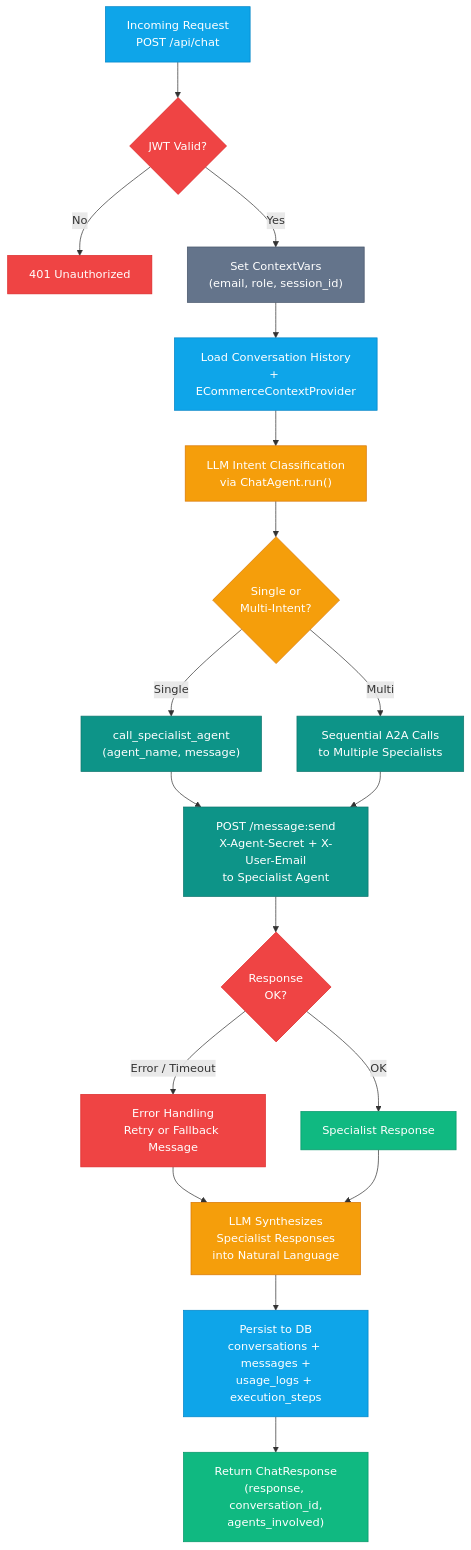
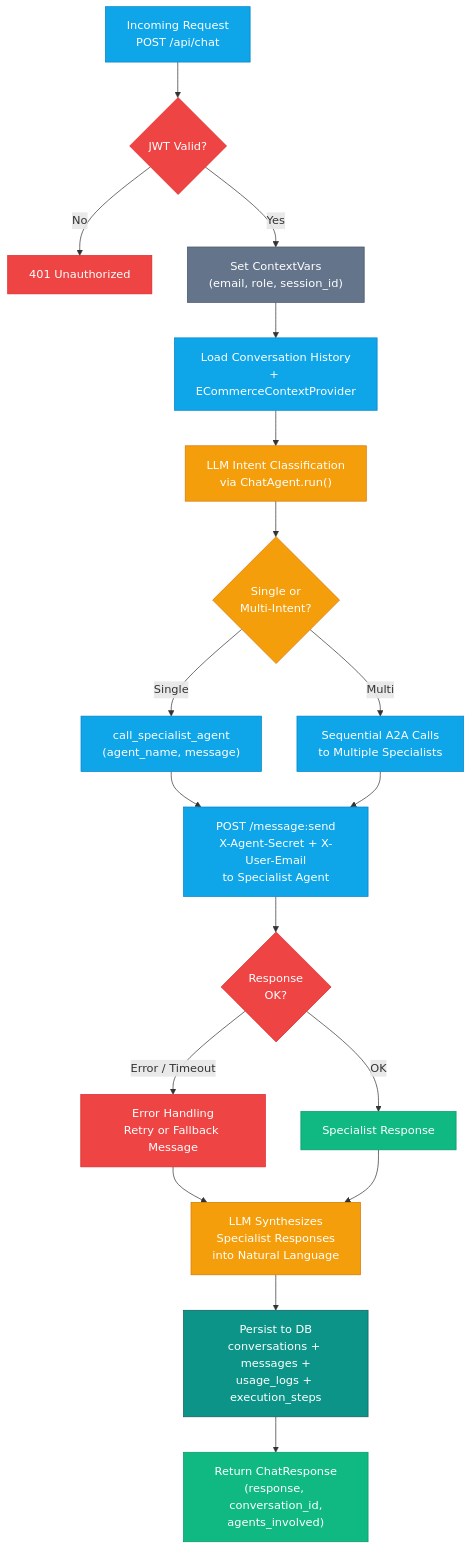
The fourth of 7 diagrams in docs/architecture.md (nitin27may/e-commerce-agents), drawn with Mermaid before and after one commit. The commit also changed other lines of this file and 7 other files, not shown here.

````diff
--- a/docs/architecture.md
+++ b/docs/architecture.md
@@ -201,63 +201,63 @@
 ```mermaid
 flowchart TD
     REQ["Incoming Request<br/>POST /api/chat"]
     JWT{"JWT Valid?"}
     REJECT["401 Unauthorized"]
     SETCTX["Set ContextVars<br/>(email, role, session_id)"]
     LOAD["Load Conversation History<br/>+ ECommerceContextProvider"]
     CLASSIFY["LLM Intent Classification<br/>via ChatAgent.run()"]
 
     SINGLE{"Single or<br/>Multi-Intent?"}
 
     ROUTE_ONE["call_specialist_agent<br/>(agent_name, message)"]
     ROUTE_MULTI["Sequential A2A Calls<br/>to Multiple Specialists"]
 
     A2A_CALL["POST /message:send<br/>X-Agent-Secret + X-User-Email<br/>to Specialist Agent"]
 
     TIMEOUT{"Response<br/>OK?"}
     ERROR["Error Handling<br/>Retry or Fallback Message"]
     RESPONSE["Specialist Response"]
 
     SYNTH["LLM Synthesizes<br/>Specialist Responses<br/>into Natural Language"]
 
     PERSIST["Persist to DB<br/>conversations + messages +<br/>usage_logs + execution_steps"]
     RETURN["Return ChatResponse<br/>(response, conversation_id,<br/>agents_involved)"]
 
     REQ --> JWT
     JWT -->|No| REJECT
     JWT -->|Yes| SETCTX
     SETCTX --> LOAD
     LOAD --> CLASSIFY
     CLASSIFY --> SINGLE
 
     SINGLE -->|Single| ROUTE_ONE
     SINGLE -->|Multi| ROUTE_MULTI
     ROUTE_ONE --> A2A_CALL
     ROUTE_MULTI --> A2A_CALL
 
     A2A_CALL --> TIMEOUT
     TIMEOUT -->|Error / Timeout| ERROR
     TIMEOUT -->|OK| RESPONSE
 
     ERROR --> SYNTH
     RESPONSE --> SYNTH
     SYNTH --> PERSIST
     PERSIST --> RETURN
 
     style REQ fill:#0ea5e9,stroke:#0284c7,color:#fff
     style JWT fill:#ef4444,stroke:#dc2626,color:#fff
     style REJECT fill:#ef4444,stroke:#dc2626,color:#fff
     style SETCTX fill:#64748b,stroke:#475569,color:#fff
     style LOAD fill:#0ea5e9,stroke:#0284c7,color:#fff
     style CLASSIFY fill:#f59e0b,stroke:#d97706,color:#fff
     style SINGLE fill:#f59e0b,stroke:#d97706,color:#fff
-    style ROUTE_ONE fill:#0d9488,stroke:#0f766e,color:#fff
-    style ROUTE_MULTI fill:#0d9488,stroke:#0f766e,color:#fff
-    style A2A_CALL fill:#0d9488,stroke:#0f766e,color:#fff
+    style ROUTE_ONE fill:#0ea5e9,stroke:#0284c7,color:#fff
+    style ROUTE_MULTI fill:#0ea5e9,stroke:#0284c7,color:#fff
+    style A2A_CALL fill:#0ea5e9,stroke:#0284c7,color:#fff
     style TIMEOUT fill:#ef4444,stroke:#dc2626,color:#fff
     style ERROR fill:#ef4444,stroke:#dc2626,color:#fff
     style RESPONSE fill:#10b981,stroke:#059669,color:#fff
     style SYNTH fill:#f59e0b,stroke:#d97706,color:#fff
-    style PERSIST fill:#0ea5e9,stroke:#0284c7,color:#fff
+    style PERSIST fill:#0d9488,stroke:#115e59,color:#fff
     style RETURN fill:#10b981,stroke:#059669,color:#fff
 ```
````
